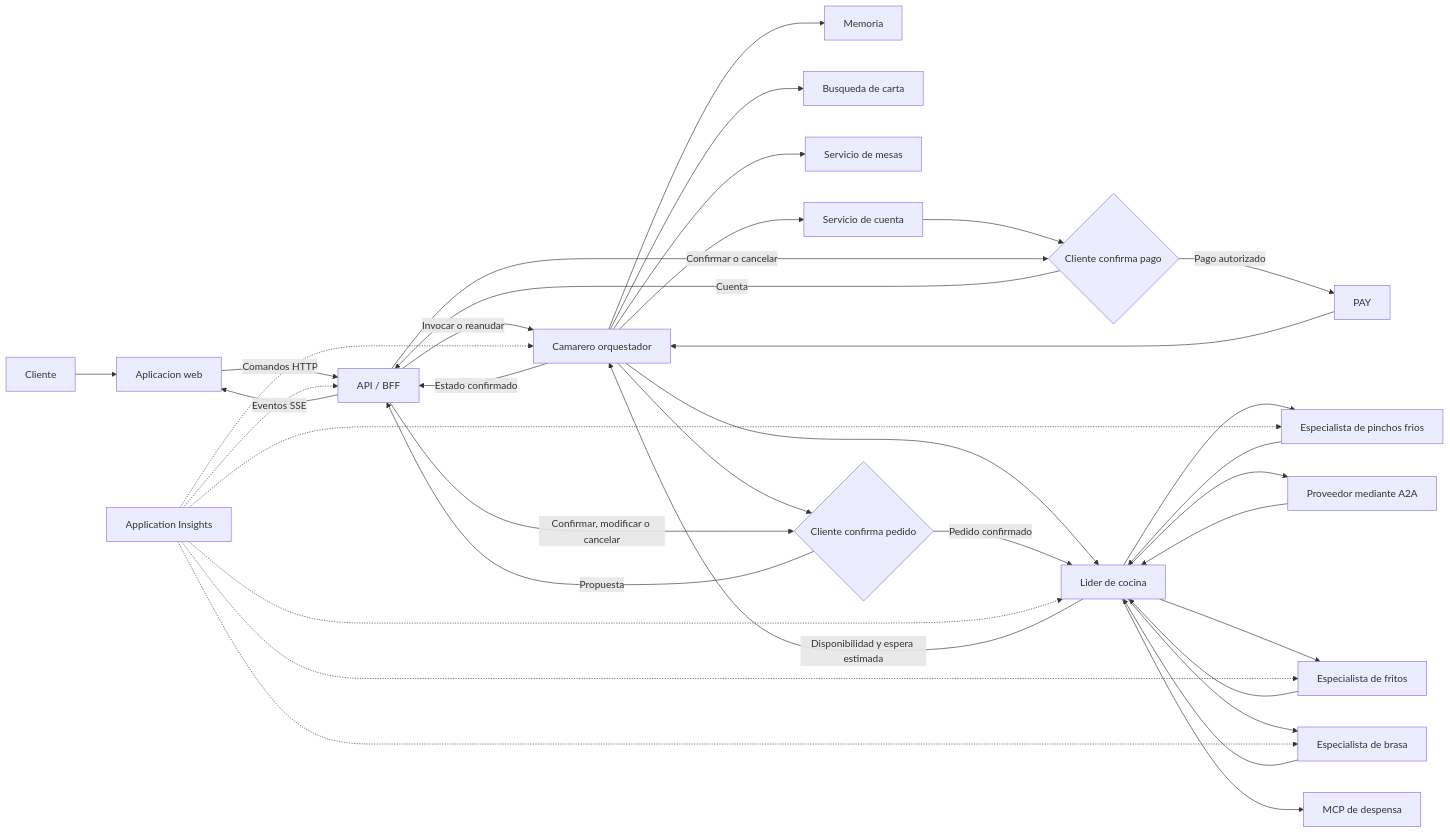
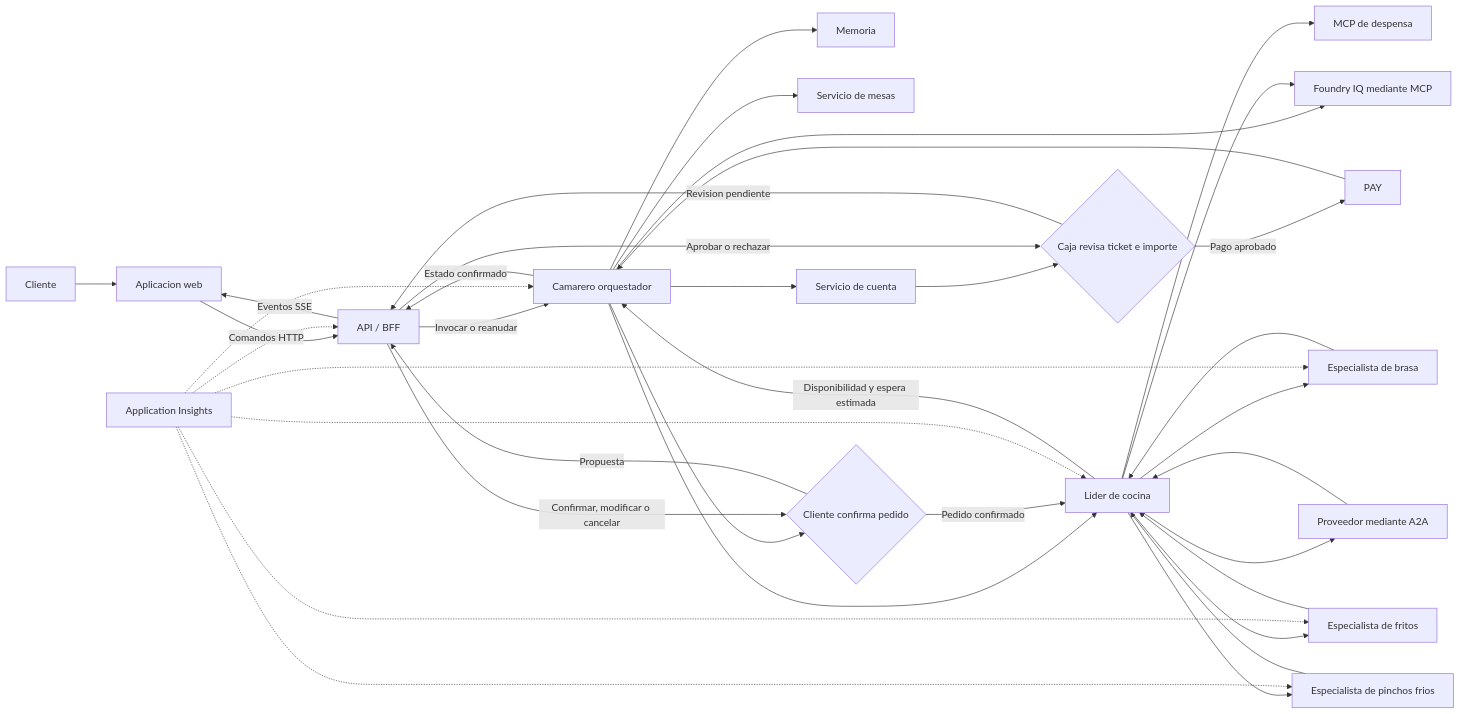
Before and after one commit to dsanchor/morcillaconf: the diagram in SPECS.md, drawn with Mermaid. The commit also changed other lines of this file and 4 other files, not shown here.

````diff
--- a/SPECS.md
+++ b/SPECS.md
@@ -389,42 +397,43 @@
 ```mermaid
 flowchart LR
     U[Cliente] --> UI[Aplicacion web]
     UI -->|Comandos HTTP| BFF[API / BFF]
     BFF -->|Invocar o reanudar| W[Camarero orquestador]
     W -->|Estado confirmado| BFF
     BFF -->|Eventos SSE| UI
 
     W --> MEM[Memoria]
-    W --> MENU[Busqueda de carta]
+    W --> MENU[Foundry IQ mediante MCP]
     W --> TABLES[Servicio de mesas]
     W --> CHEF[Lider de cocina]
     W --> BILL[Servicio de cuenta]
 
     CHEF --> PANTRY[MCP de despensa]
     CHEF --> GRILL[Especialista de brasa]
     CHEF --> FRY[Especialista de fritos]
     CHEF --> COLD[Especialista de pinchos frios]
     CHEF --> SUPPLIER[Proveedor mediante A2A]
-    W --> ORDER_HITL{Cliente confirma pedido}
+    CHEF --> MENU
+    W --> ORDER_DECISION{Cliente confirma pedido}
 
     GRILL --> CHEF
     FRY --> CHEF
     COLD --> CHEF
     SUPPLIER --> CHEF
-    ORDER_HITL -->|Propuesta| BFF
-    BFF -->|Confirmar, modificar o cancelar| ORDER_HITL
-    ORDER_HITL -->|Pedido confirmado| CHEF
+    ORDER_DECISION -->|Propuesta| BFF
+    BFF -->|Confirmar, modificar o cancelar| ORDER_DECISION
+    ORDER_DECISION -->|Pedido confirmado| CHEF
     CHEF -->|Disponibilidad y espera estimada| W
-    BILL --> PAYMENT_HITL{Cliente confirma pago}
-    PAYMENT_HITL -->|Cuenta| BFF
-    BFF -->|Confirmar o cancelar| PAYMENT_HITL
-    PAYMENT_HITL -->|Pago autorizado| PAY
+    BILL --> PAYMENT_HITL{Caja revisa ticket e importe}
+    PAYMENT_HITL -->|Revision pendiente| BFF
+    BFF -->|Aprobar o rechazar| PAYMENT_HITL
+    PAYMENT_HITL -->|Pago aprobado| PAY
     PAY --> W
 
     OBS[Application Insights] -.-> BFF
     OBS -.-> W
     OBS -.-> CHEF
     OBS -.-> GRILL
     OBS -.-> FRY
     OBS -.-> COLD
 ```
````
